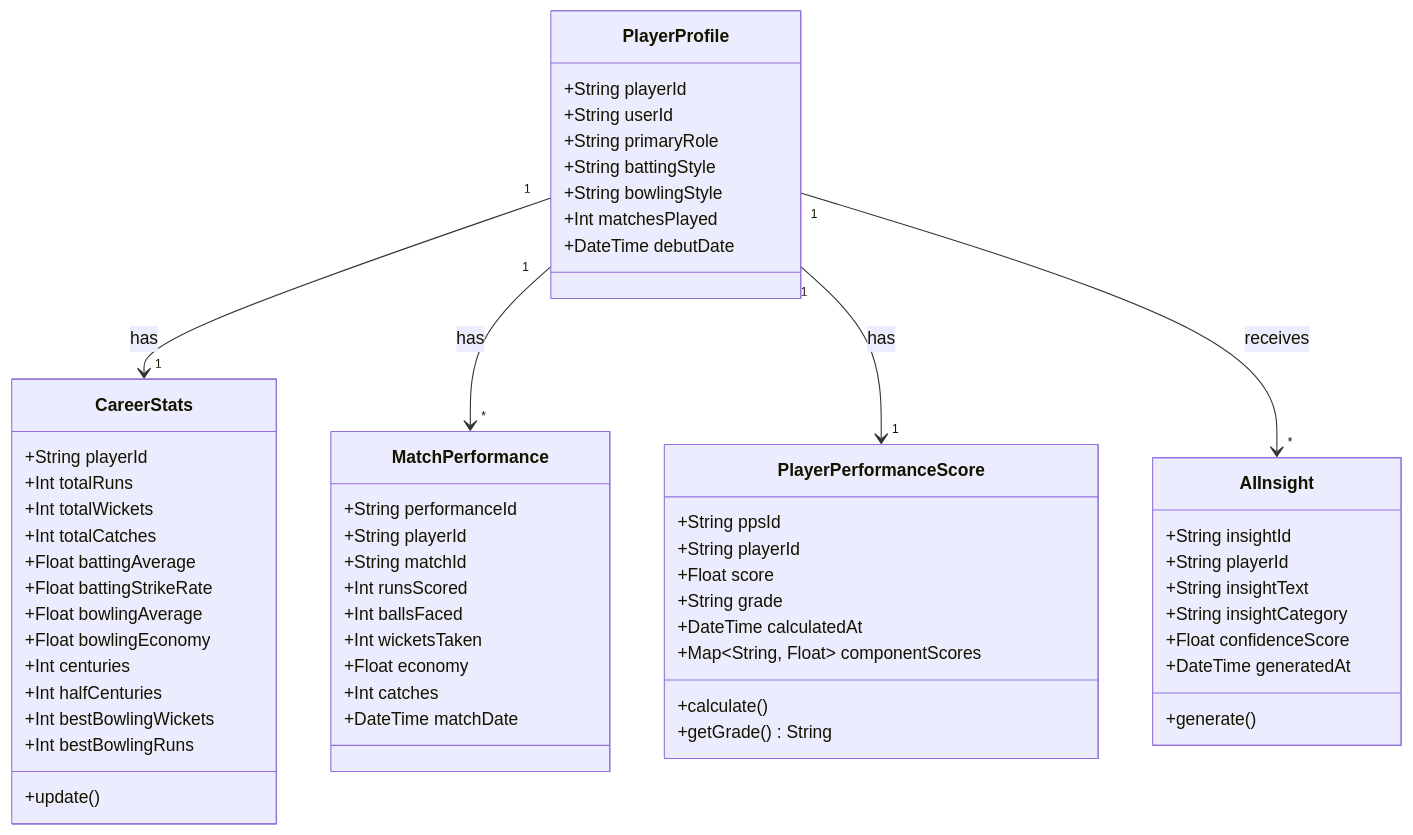
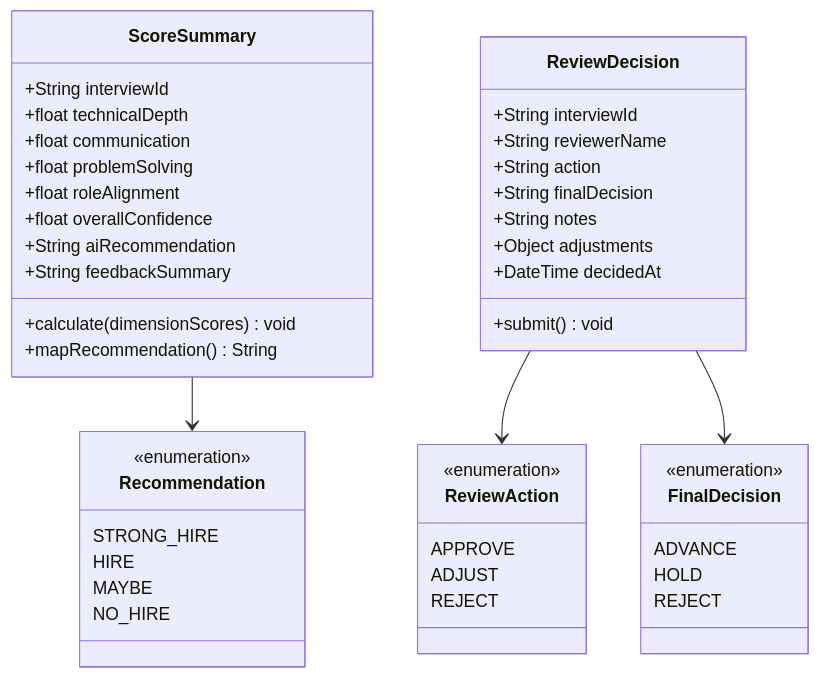
One commit to adityasinghz/kata changed the second of 5 diagrams in CLASS_DIAGRAM.md. Above: the diagram before and after it, drawn with Mermaid. The commit also changed other lines of this file and 20 other files, not shown here.

````diff
--- a/CLASS_DIAGRAM.md
+++ b/CLASS_DIAGRAM.md
@@ -281,66 +94,52 @@
 ```mermaid
 classDiagram
-    class PlayerProfile {
-        +String playerId
-        +String userId
-        +String primaryRole
-        +String battingStyle
-        +String bowlingStyle
-        +Int matchesPlayed
-        +DateTime debutDate
+    class ScoreSummary {
+        +String interviewId
+        +float technicalDepth
+        +float communication
+        +float problemSolving
+        +float roleAlignment
+        +float overallConfidence
+        +String aiRecommendation
+        +String feedbackSummary
+        +calculate(dimensionScores) void
+        +mapRecommendation() String
     }
 
-    class CareerStats {
-        +String playerId
-        +Int totalRuns
-        +Int totalWickets
-        +Int totalCatches
-        +Float battingAverage
-        +Float battingStrikeRate
-        +Float bowlingAverage
-        +Float bowlingEconomy
-        +Int centuries
-        +Int halfCenturies
-        +Int bestBowlingWickets
-        +Int bestBowlingRuns
-        +update()
+    class ReviewDecision {
+        +String interviewId
+        +String reviewerName
+        +String action
+        +String finalDecision
+        +String notes
+        +Object adjustments
+        +DateTime decidedAt
+        +submit() void
     }
 
-    class MatchPerformance {
-        +String performanceId
-        +String playerId
-        +String matchId
-        +Int runsScored
-        +Int ballsFaced
-        +Int wicketsTaken
-        +Float economy
-        +Int catches
-        +DateTime matchDate
+    class Recommendation {
+        <<enumeration>>
+        STRONG_HIRE
+        HIRE
+        MAYBE
+        NO_HIRE
     }
 
-    class PlayerPerformanceScore {
-        +String ppsId
-        +String playerId
-        +Float score
-        +String grade
-        +DateTime calculatedAt
-        +Map~String, Float~ componentScores
-        +calculate()
-        +getGrade() String
+    class ReviewAction {
+        <<enumeration>>
+        APPROVE
+        ADJUST
+        REJECT
     }
 
-    class AIInsight {
-        +String insightId
-        +String playerId
-        +String insightText
-        +String insightCategory
-        +Float confidenceScore
-        +DateTime generatedAt
-        +generate()
+    class FinalDecision {
+        <<enumeration>>
+        ADVANCE
+        HOLD
+        REJECT
     }
 
-    PlayerProfile "1" --> "1" CareerStats : has
-    PlayerProfile "1" --> "*" MatchPerformance : has
-    PlayerProfile "1" --> "1" PlayerPerformanceScore : has
-    PlayerProfile "1" --> "*" AIInsight : receives
+    ScoreSummary --> Recommendation
+    ReviewDecision --> ReviewAction
+    ReviewDecision --> FinalDecision
 ```
````
